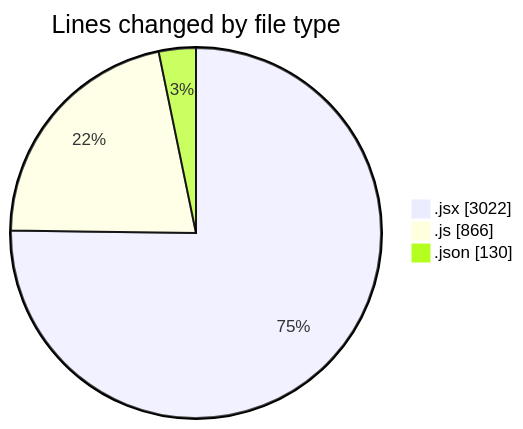
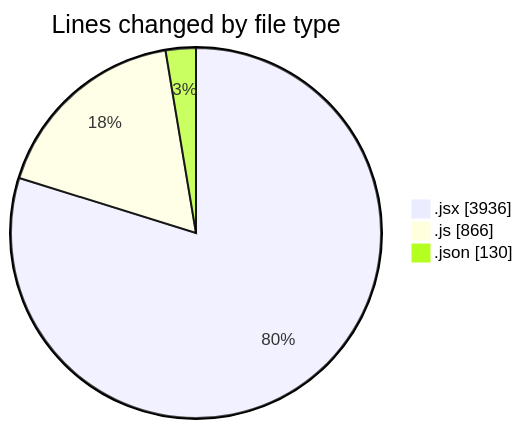
Before and after one commit to nxtqubesakshisongat/code-tracking: the first of 2 diagrams in 2025-08-06/nxtqube_webapp/README.md, drawn with Mermaid. The commit also changed other lines of this file and 1 other file, not shown here.

````diff
--- a/2025-08-06/nxtqube_webapp/README.md
+++ b/2025-08-06/nxtqube_webapp/README.md
@@ -29,7 +29,7 @@
 ```mermaid
 pie showData
 title Lines changed by file type
-".jsx" : 3022
+".jsx" : 3936
 ".js" : 866
 ".json" : 130
 ```
````
